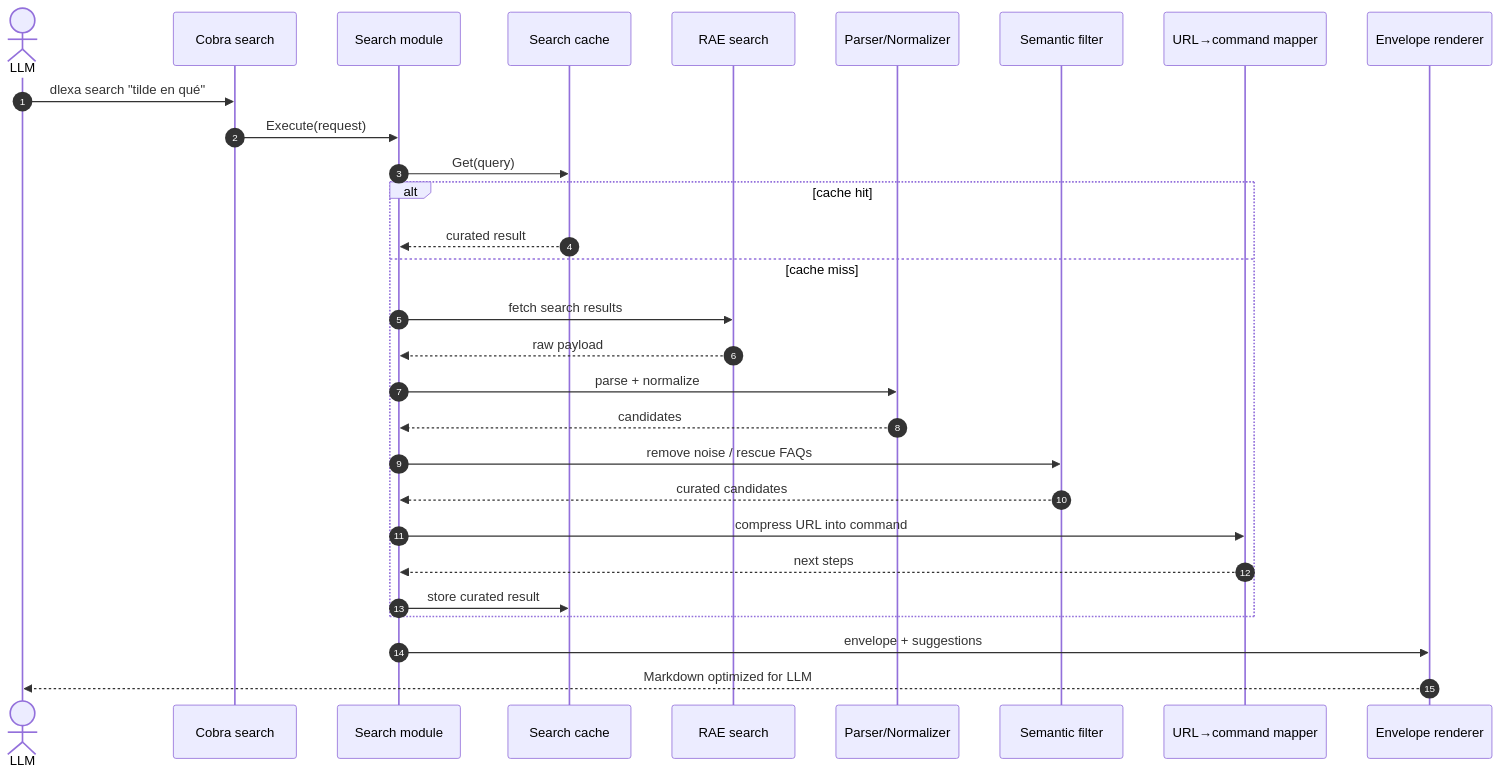
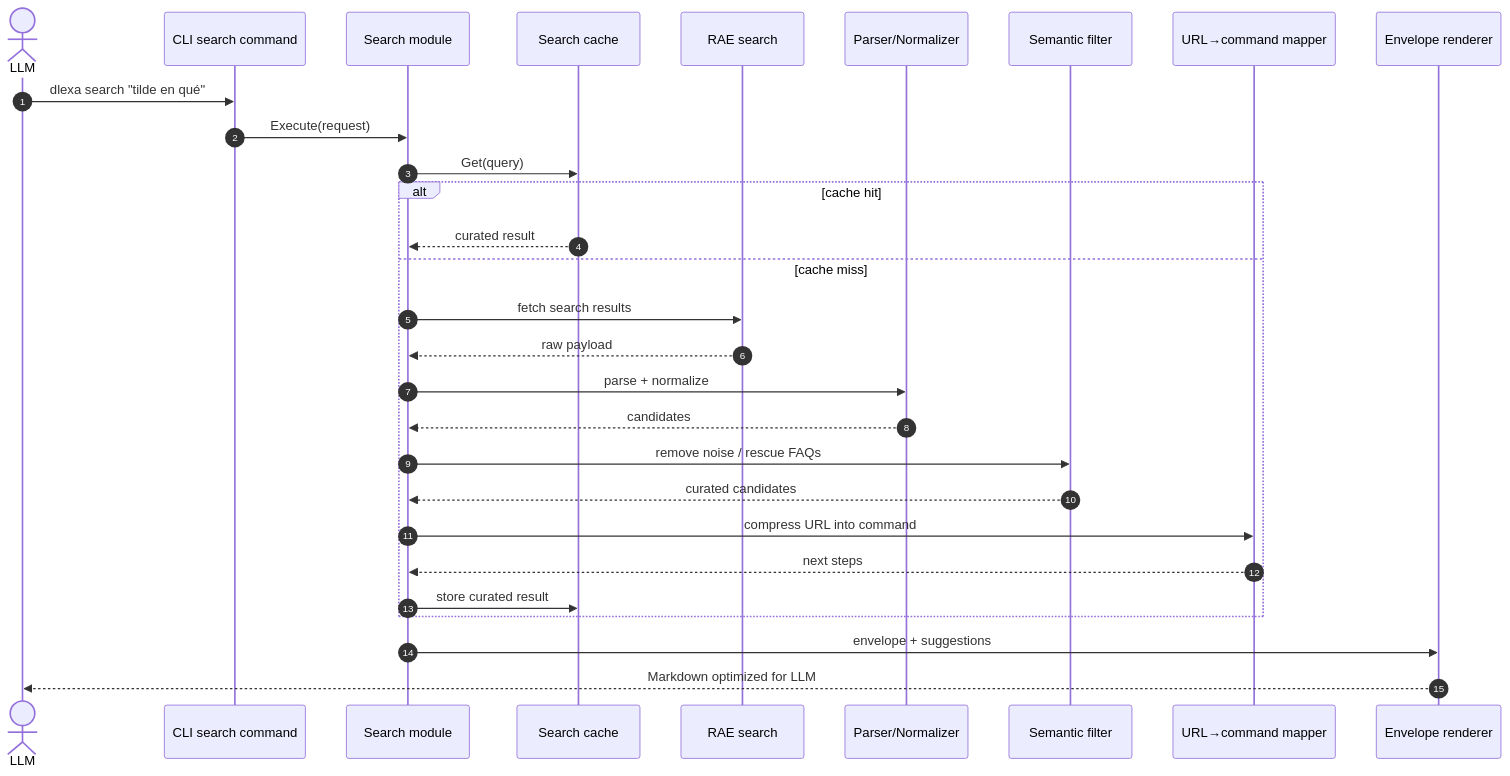
One commit to Disble/dlexa changed the third of 4 diagrams in docs/architecture-formal-dlexa-v2.md. Above: the diagram before and after it, drawn with Mermaid. The commit also changed other lines of this file and 13 other files, not shown here.

Commit message:
docs: align runtime architecture guidance

````diff
--- a/docs/architecture-formal-dlexa-v2.md
+++ b/docs/architecture-formal-dlexa-v2.md
@@ -441,32 +447,32 @@
 ```mermaid
 sequenceDiagram
     autonumber
     actor Agent as LLM
-    participant CLI as Cobra search
+    participant CLI as CLI search command
     participant Module as Search module
     participant Cache as Search cache
     participant Upstream as RAE search
     participant Parser as Parser/Normalizer
     participant Filter as Semantic filter
     participant Mapper as URL→command mapper
     participant Renderer as Envelope renderer
 
     Agent->>CLI: dlexa search "tilde en qué"
     CLI->>Module: Execute(request)
     Module->>Cache: Get(query)
     alt cache hit
         Cache-->>Module: curated result
     else cache miss
         Module->>Upstream: fetch search results
         Upstream-->>Module: raw payload
         Module->>Parser: parse + normalize
         Parser-->>Module: candidates
         Module->>Filter: remove noise / rescue FAQs
         Filter-->>Module: curated candidates
         Module->>Mapper: compress URL into command
         Mapper-->>Module: next steps
         Module->>Cache: store curated result
     end
     Module->>Renderer: envelope + suggestions
     Renderer-->>Agent: Markdown optimized for LLM
 ```
````
